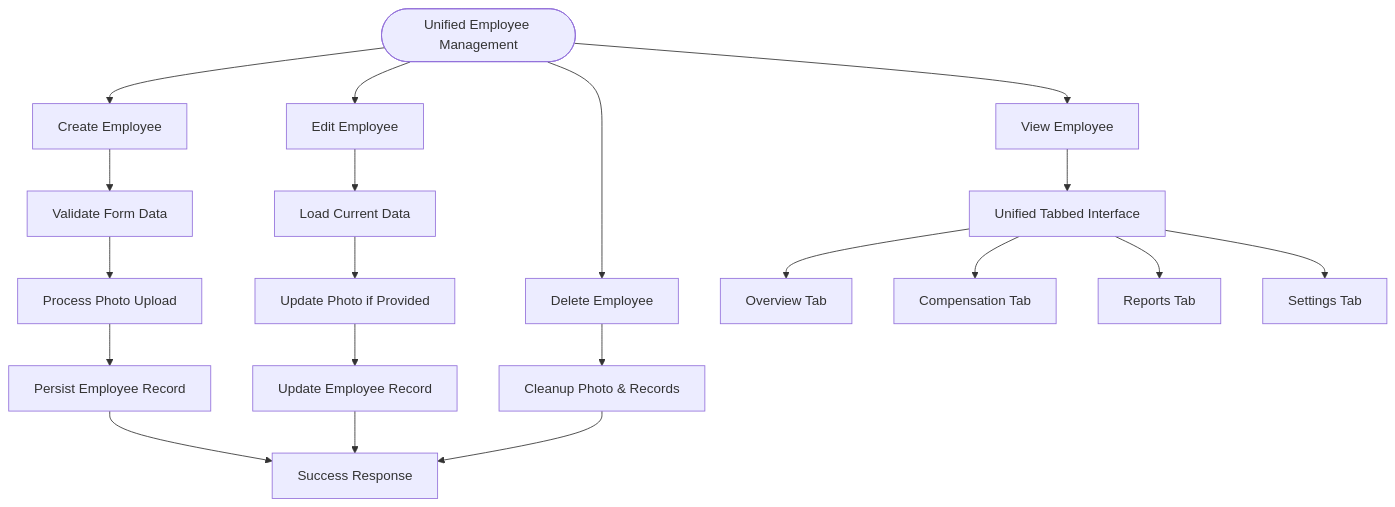
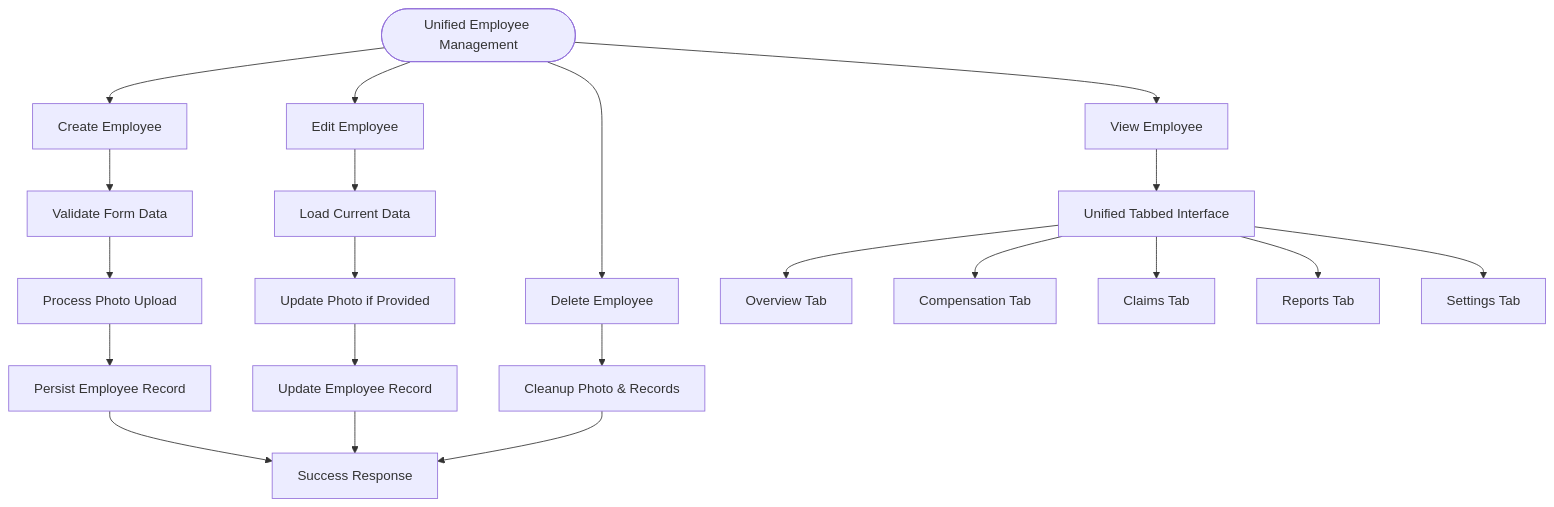
The fourth of 9 diagrams in .qoder/repowiki/en/content/Employee Management/Employee Management.md (vincet0t15/template), drawn with Mermaid before and after one commit. The commit also changed other lines of this file and 5 other files, not shown here.

````diff
--- a/.qoder/repowiki/en/content/Employee Management/Employee Management.md
+++ b/.qoder/repowiki/en/content/Employee Management/Employee Management.md
@@ -344,22 +424,23 @@
 ```mermaid
 flowchart TD
 Start(["Unified Employee Management"]) --> Create["Create Employee"]
 Start --> Edit["Edit Employee"]
 Start --> View["View Employee"]
 Start --> Delete["Delete Employee"]
 Create --> Validate["Validate Form Data"]
 Validate --> Photo["Process Photo Upload"]
 Photo --> Persist["Persist Employee Record"]
 Persist --> Success["Success Response"]
 Edit --> Load["Load Current Data"]
 Load --> UpdatePhoto["Update Photo if Provided"]
 UpdatePhoto --> UpdateRecord["Update Employee Record"]
 UpdateRecord --> Success
 View --> TabNavigation["Unified Tabbed Interface"]
 TabNavigation --> Overview["Overview Tab"]
 TabNavigation --> Compensation["Compensation Tab"]
+TabNavigation --> Claims["Claims Tab"]
 TabNavigation --> Reports["Reports Tab"]
 TabNavigation --> Settings["Settings Tab"]
 Delete --> Cleanup["Cleanup Photo & Records"]
 Cleanup --> Success
 ```
````
